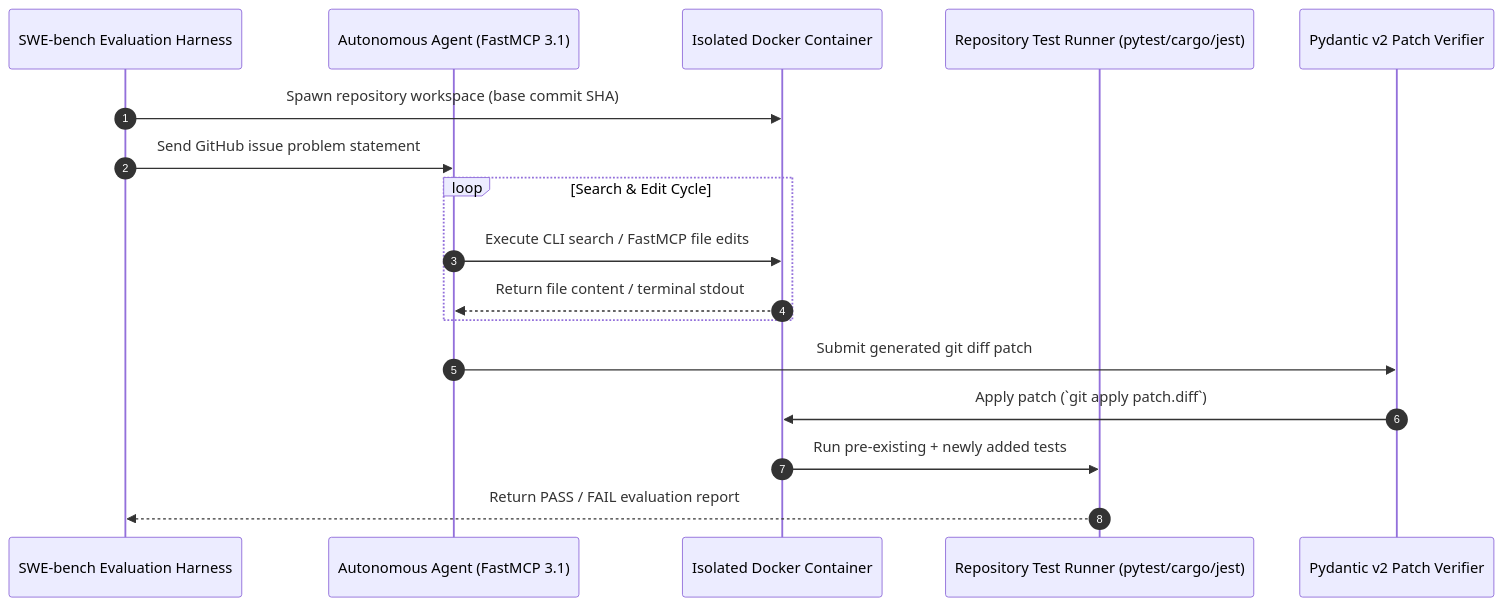
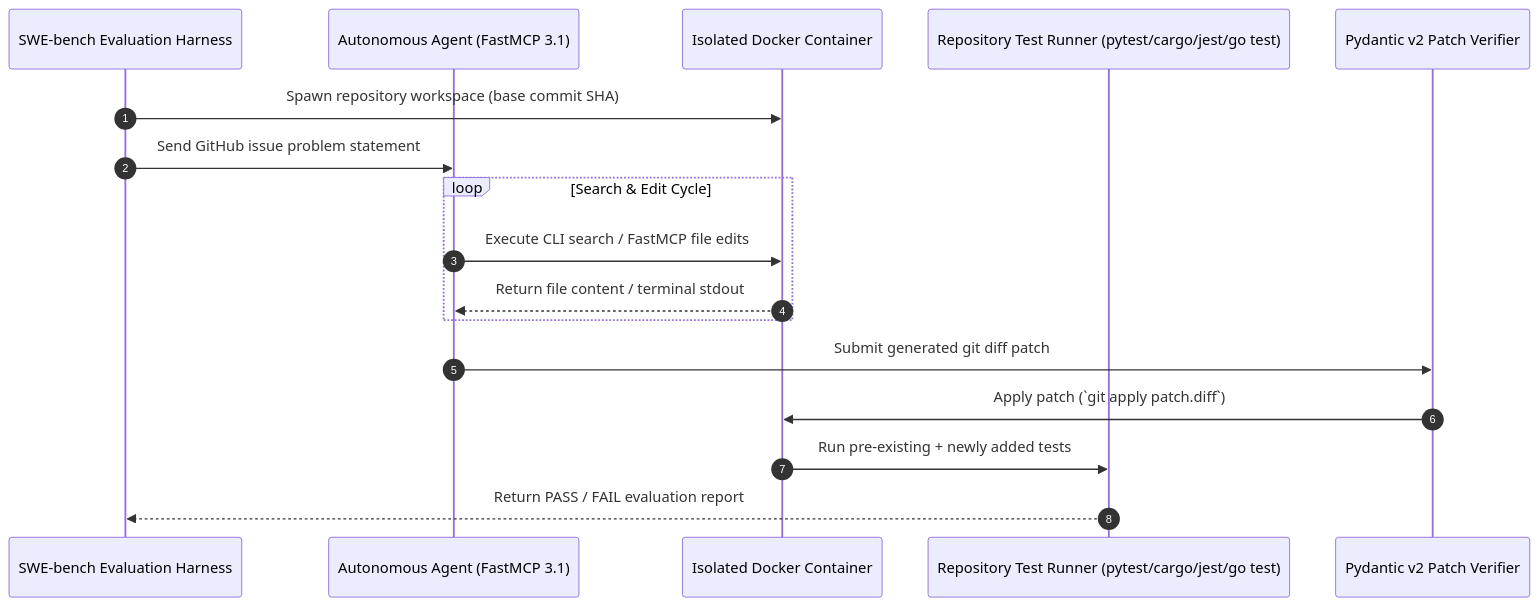
Before and after one commit to joanmarcriera/Home-office-automations: the diagram in docs/tools/benchmarking/swe-bench.md, drawn with Mermaid. The commit also changed other lines of this file and 5 other files, not shown here.

````diff
--- a/docs/tools/benchmarking/swe-bench.md
+++ b/docs/tools/benchmarking/swe-bench.md
@@ -12,20 +12,20 @@
 ```mermaid
 sequenceDiagram
     autonumber
     participant Harness as SWE-bench Evaluation Harness
     participant Agent as Autonomous Agent (FastMCP 3.1)
     participant Container as Isolated Docker Container
-    participant TestSuite as Repository Test Runner (pytest/cargo/jest)
+    participant TestSuite as Repository Test Runner (pytest/cargo/jest/go test)
     participant Verifier as Pydantic v2 Patch Verifier
 
     Harness->>Container: Spawn repository workspace (base commit SHA)
     Harness->>Agent: Send GitHub issue problem statement
     loop Search & Edit Cycle
         Agent->>Container: Execute CLI search / FastMCP file edits
         Container-->>Agent: Return file content / terminal stdout
     end
     Agent->>Verifier: Submit generated git diff patch
     Verifier->>Container: Apply patch (`git apply patch.diff`)
     Container->>TestSuite: Run pre-existing + newly added tests
     TestSuite-->>Harness: Return PASS / FAIL evaluation report
 ```
````
